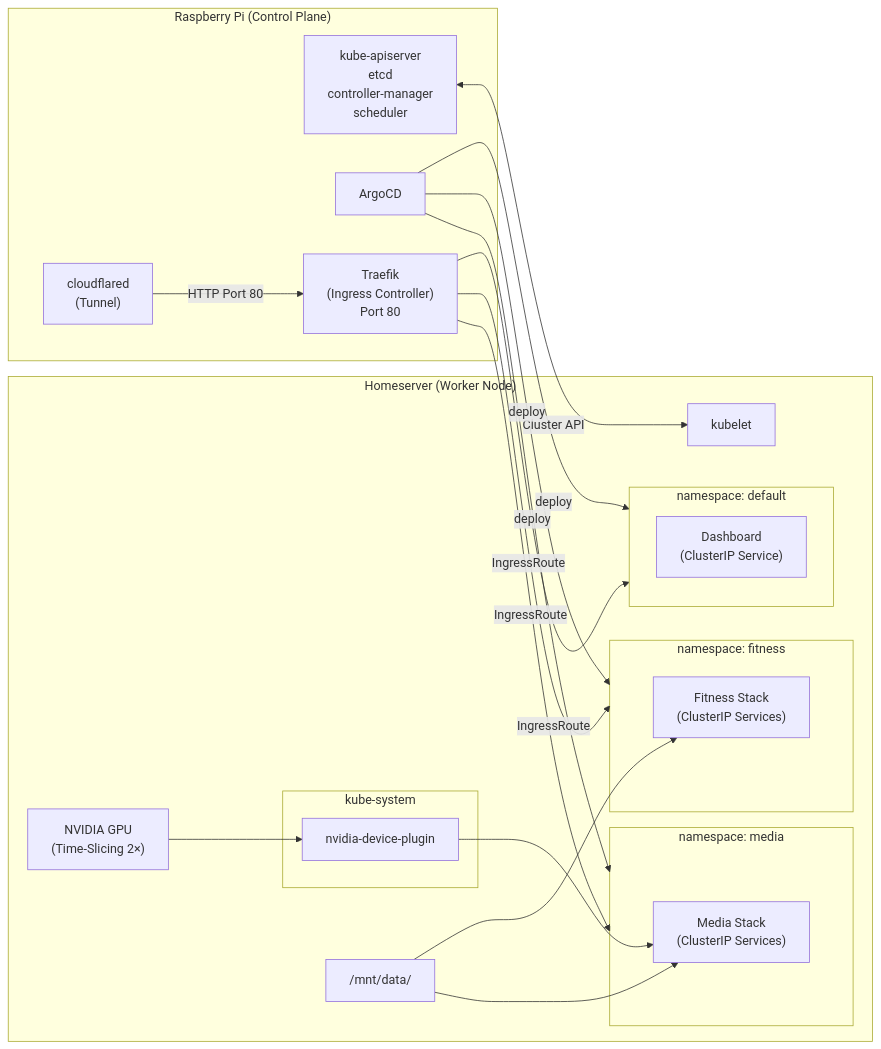
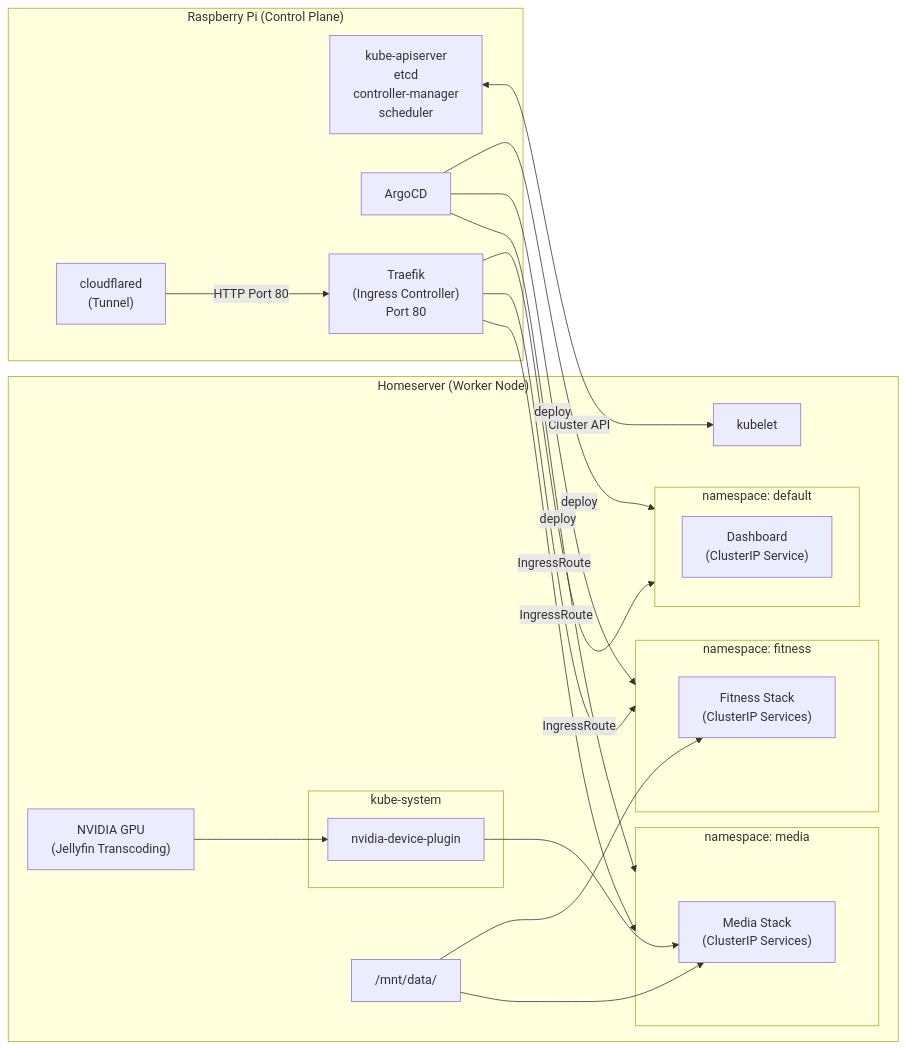
One commit to JanikHenz/my-homelab changed the second of 7 diagrams in README.md. Above: the diagram before and after it, drawn with Mermaid. The commit also changed other lines of this file and 3 other files, not shown here.

````diff
--- a/README.md
+++ b/README.md
@@ -130,41 +131,41 @@
 ```mermaid
 graph LR
     subgraph RASPY["Raspberry Pi (Control Plane)"]
         CP["kube-apiserver\netcd\ncontroller-manager\nscheduler"]
         ARGO["ArgoCD"]
         CFD["cloudflared\n(Tunnel)"]
         TRAEFIK["Traefik\n(Ingress Controller)\nPort 80"]
     end
 
     subgraph SERVER["Homeserver (Worker Node)"]
         KW["kubelet"]
-        GPU["NVIDIA GPU\n(Time-Slicing 2×)"]
+        GPU["NVIDIA GPU\n(Jellyfin Transcoding)"]
         DISK["/mnt/data/"]
 
         subgraph SYS["kube-system"]
             NDP["nvidia-device-plugin"]
         end
         subgraph MEDIA_NS["namespace: media"]
             MEDIA["Media Stack\n(ClusterIP Services)"]
         end
         subgraph FITNESS_NS["namespace: fitness"]
             FITNESS["Fitness Stack\n(ClusterIP Services)"]
         end
         subgraph DEFAULT_NS["namespace: default"]
             DASH["Dashboard\n(ClusterIP Service)"]
         end
     end
 
     CFD -->|"HTTP Port 80"| TRAEFIK
     CP <-->|"Cluster API"| KW
     ARGO -->|"deploy"| MEDIA_NS
     ARGO -->|"deploy"| FITNESS_NS
     ARGO -->|"deploy"| DEFAULT_NS
     TRAEFIK -->|"IngressRoute"| MEDIA_NS
     TRAEFIK -->|"IngressRoute"| FITNESS_NS
     TRAEFIK -->|"IngressRoute"| DEFAULT_NS
     GPU --> NDP
     NDP --> MEDIA
     DISK --> MEDIA
     DISK --> FITNESS
 ```
````
